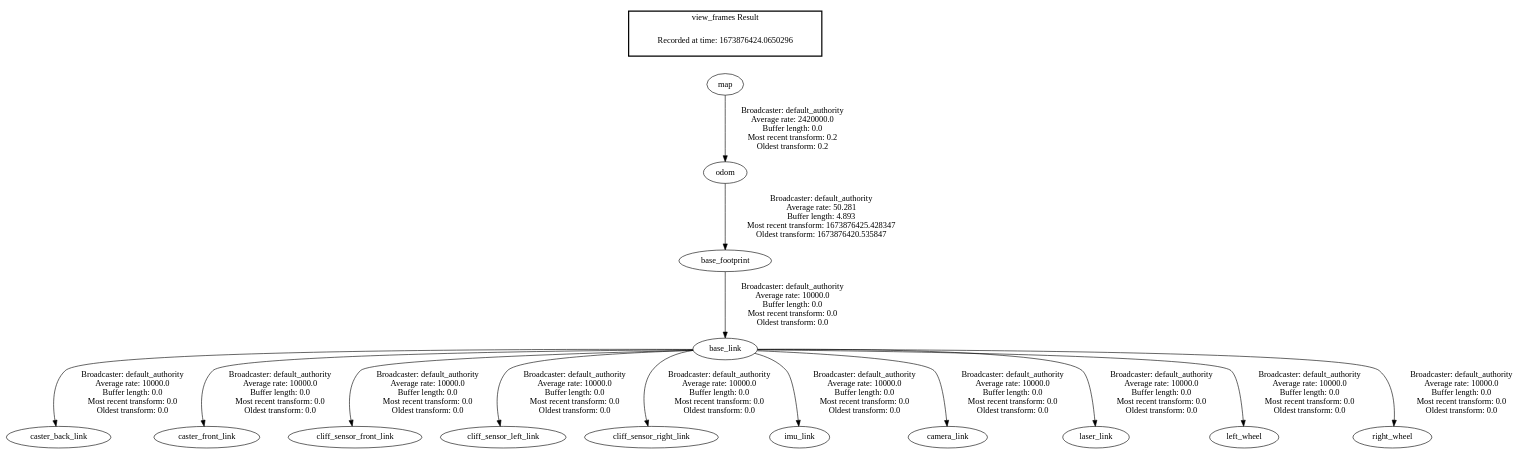
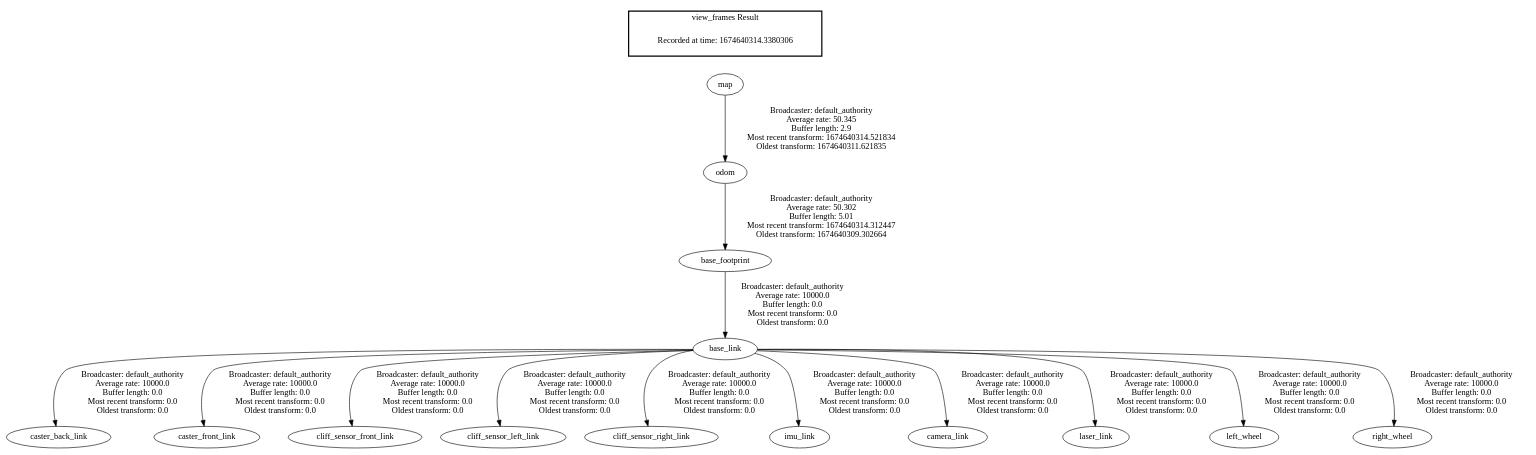
The diagram in frames.gv (qlemoigne/larm_thibault_lemoigne), drawn with Graphviz before and after one commit. The commit also changed 3 other files, not shown here.

```diff
--- a/frames.gv
+++ b/frames.gv
@@ -1,19 +1,19 @@
 digraph G {
 "base_footprint" -> "base_link"[label=" Broadcaster: default_authority\nAverage rate: 10000.0\nBuffer length: 0.0\nMost recent transform: 0.0\nOldest transform: 0.0\n"];
-"odom" -> "base_footprint"[label=" Broadcaster: default_authority\nAverage rate: 50.281\nBuffer length: 4.893\nMost recent transform: 1673876425.428347\nOldest transform: 1673876420.535847\n"];
+"odom" -> "base_footprint"[label=" Broadcaster: default_authority\nAverage rate: 50.302\nBuffer length: 5.01\nMost recent transform: 1674640314.312447\nOldest transform: 1674640309.302664\n"];
 "base_link" -> "caster_back_link"[label=" Broadcaster: default_authority\nAverage rate: 10000.0\nBuffer length: 0.0\nMost recent transform: 0.0\nOldest transform: 0.0\n"];
 "base_link" -> "caster_front_link"[label=" Broadcaster: default_authority\nAverage rate: 10000.0\nBuffer length: 0.0\nMost recent transform: 0.0\nOldest transform: 0.0\n"];
 "base_link" -> "cliff_sensor_front_link"[label=" Broadcaster: default_authority\nAverage rate: 10000.0\nBuffer length: 0.0\nMost recent transform: 0.0\nOldest transform: 0.0\n"];
 "base_link" -> "cliff_sensor_left_link"[label=" Broadcaster: default_authority\nAverage rate: 10000.0\nBuffer length: 0.0\nMost recent transform: 0.0\nOldest transform: 0.0\n"];
 "base_link" -> "cliff_sensor_right_link"[label=" Broadcaster: default_authority\nAverage rate: 10000.0\nBuffer length: 0.0\nMost recent transform: 0.0\nOldest transform: 0.0\n"];
 "base_link" -> "imu_link"[label=" Broadcaster: default_authority\nAverage rate: 10000.0\nBuffer length: 0.0\nMost recent transform: 0.0\nOldest transform: 0.0\n"];
 "base_link" -> "camera_link"[label=" Broadcaster: default_authority\nAverage rate: 10000.0\nBuffer length: 0.0\nMost recent transform: 0.0\nOldest transform: 0.0\n"];
 "base_link" -> "laser_link"[label=" Broadcaster: default_authority\nAverage rate: 10000.0\nBuffer length: 0.0\nMost recent transform: 0.0\nOldest transform: 0.0\n"];
 "base_link" -> "left_wheel"[label=" Broadcaster: default_authority\nAverage rate: 10000.0\nBuffer length: 0.0\nMost recent transform: 0.0\nOldest transform: 0.0\n"];
 "base_link" -> "right_wheel"[label=" Broadcaster: default_authority\nAverage rate: 10000.0\nBuffer length: 0.0\nMost recent transform: 0.0\nOldest transform: 0.0\n"];
-"map" -> "odom"[label=" Broadcaster: default_authority\nAverage rate: 2420000.0\nBuffer length: 0.0\nMost recent transform: 0.2\nOldest transform: 0.2\n"];
+"map" -> "odom"[label=" Broadcaster: default_authority\nAverage rate: 50.345\nBuffer length: 2.9\nMost recent transform: 1674640314.521834\nOldest transform: 1674640311.621835\n"];
 edge [style=invis];
  subgraph cluster_legend { style=bold; color=black; label ="view_frames Result";
-"Recorded at time: 1673876424.0650296"[ shape=plaintext ] ;
+"Recorded at time: 1674640314.3380306"[ shape=plaintext ] ;
 }->"map";
 }
```
